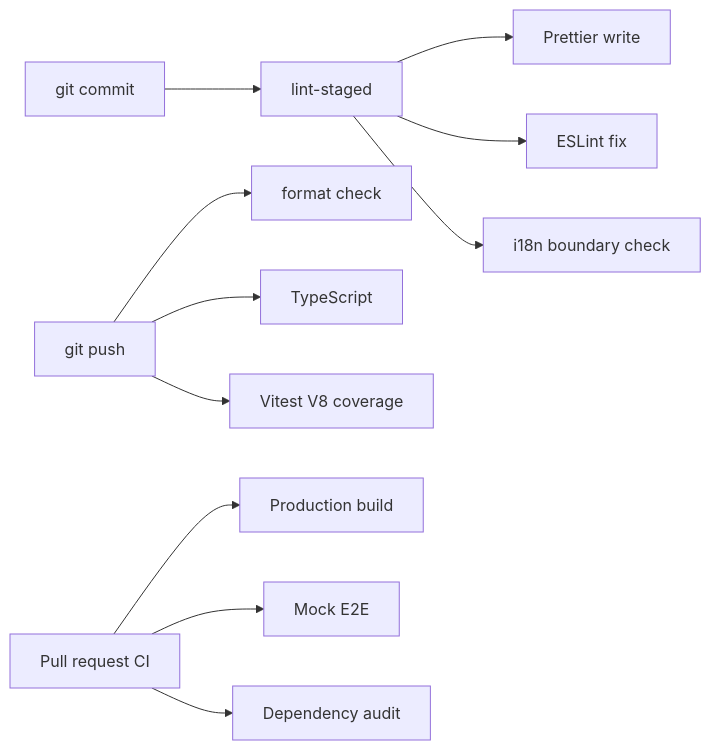
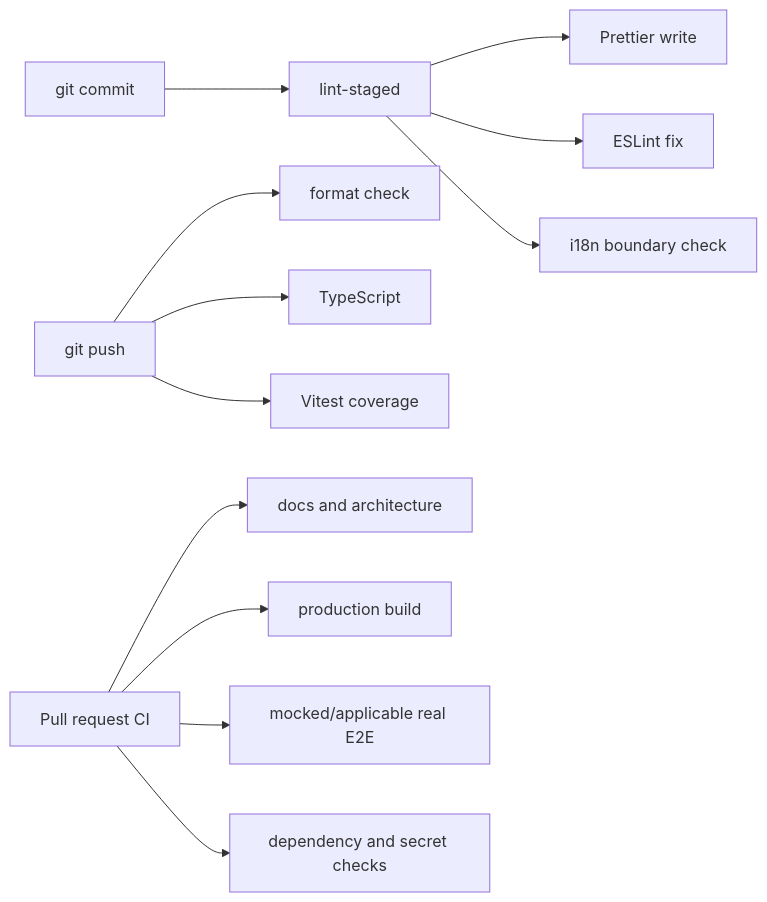
Before and after one commit to migangdelzar/emme-web: the first of 2 diagrams in docs/architecture/00-project/frontend-build-bun.md, drawn with Mermaid. The commit also changed other lines of this file and 35 other files, not shown here.

Commit message:
docs(architecture): restore canonical handbook detail

````diff
--- a/docs/architecture/00-project/frontend-build-bun.md
+++ b/docs/architecture/00-project/frontend-build-bun.md
@@ -30,13 +38,14 @@
 ```mermaid
 flowchart LR
     Commit[git commit] --> Staged[lint-staged]
     Staged --> Prettier[Prettier write]
     Staged --> ESLint[ESLint fix]
     Staged --> I18n[i18n boundary check]
     Push[git push] --> Format[format check]
     Push --> Types[TypeScript]
-    Push --> Coverage[Vitest V8 coverage]
-    CI[Pull request CI] --> Build[Production build]
-    CI --> E2E[Mock E2E]
-    CI --> Audit[Dependency audit]
+    Push --> Coverage[Vitest coverage]
+    CI[Pull request CI] --> Docs[docs and architecture]
+    CI --> Build[production build]
+    CI --> E2E[mocked/applicable real E2E]
+    CI --> Audit[dependency and secret checks]
 ```
````
